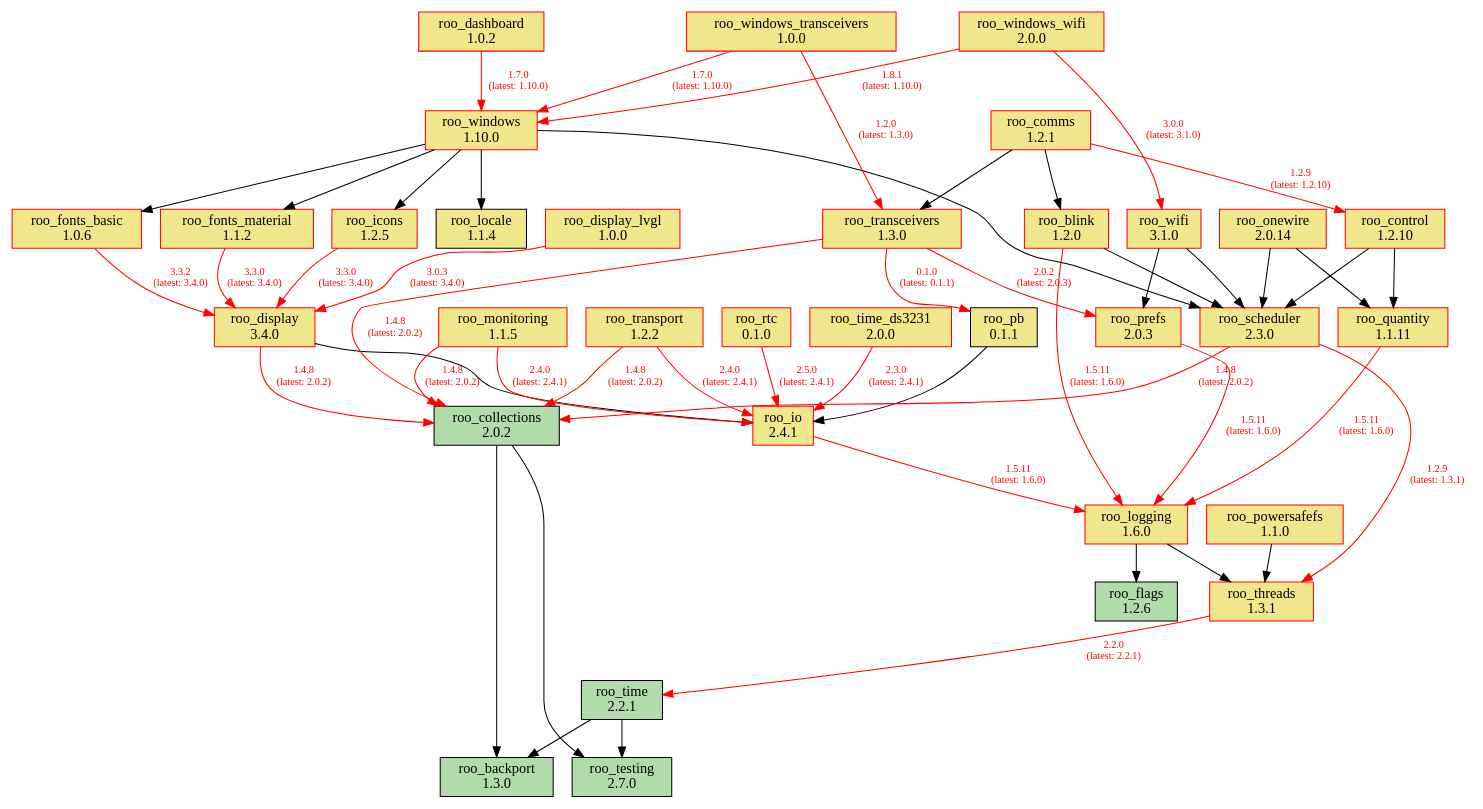
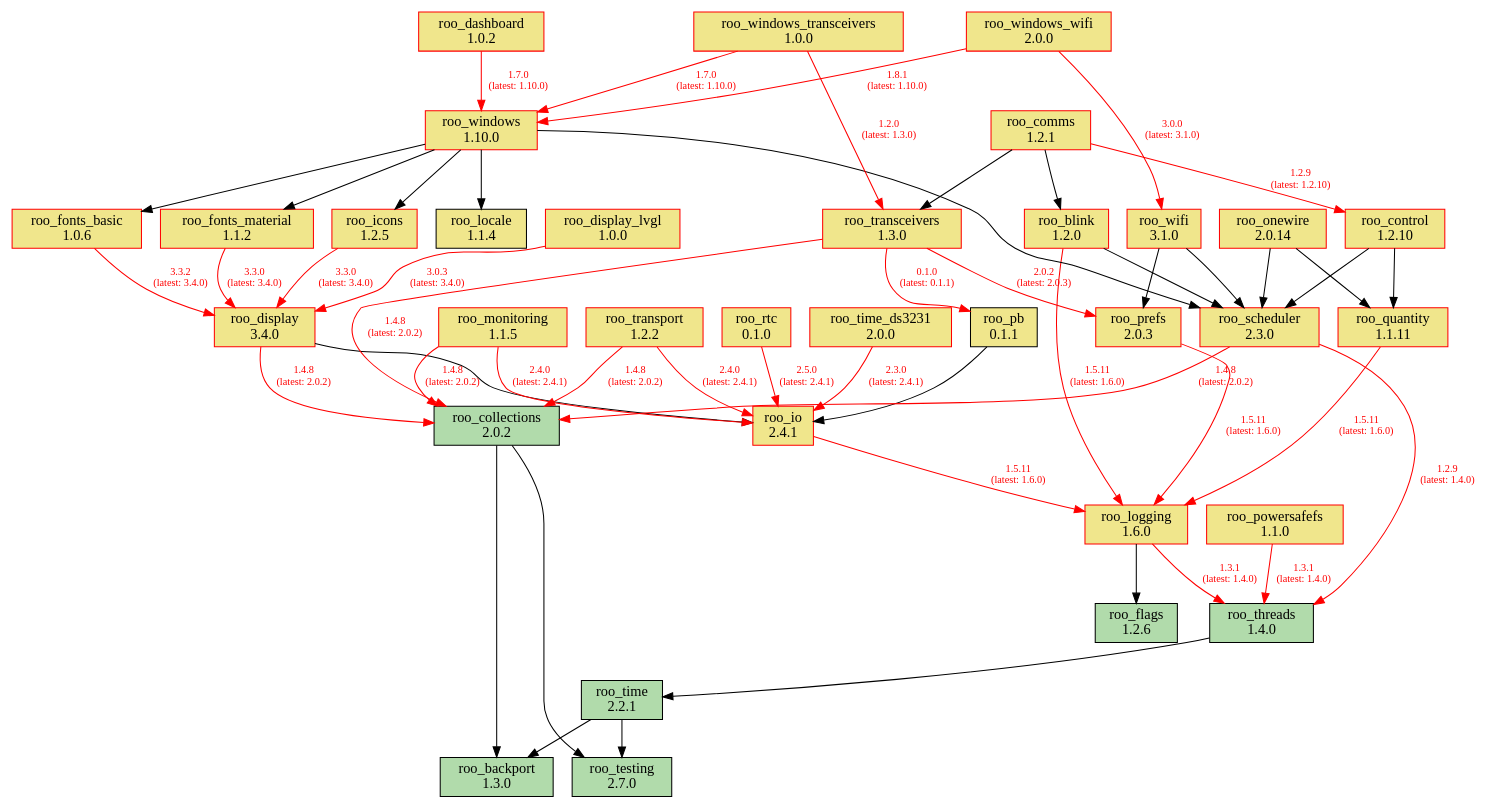
One commit to dejwk/roo-registry changed the diagram in doc/dependencies.dot. Above: the diagram before and after it, drawn with Graphviz. The commit also changed 3 other files, not shown here.

Commit message:
Added roo_threads 1.4.0 to the registry.

```diff
--- a/doc/dependencies.dot
+++ b/doc/dependencies.dot
@@ -1,92 +1,92 @@
 digraph dependencies {
     rankdir=TB;
     node [shape=box, style=filled];
     edge [fontsize=10];
 
     // Modules
     "roo_backport" [label="roo_backport\n1.3.0", fillcolor="#b1dbab", color="black"];
     "roo_blink" [label="roo_blink\n1.2.0", fillcolor="khaki", color="red"];
     "roo_collections" [label="roo_collections\n2.0.2", fillcolor="#b1dbab", color="black"];
     "roo_comms" [label="roo_comms\n1.2.1", fillcolor="khaki", color="red"];
     "roo_control" [label="roo_control\n1.2.10", fillcolor="khaki", color="red"];
     "roo_dashboard" [label="roo_dashboard\n1.0.2", fillcolor="khaki", color="red"];
     "roo_display" [label="roo_display\n3.4.0", fillcolor="khaki", color="red"];
     "roo_display_lvgl" [label="roo_display_lvgl\n1.0.0", fillcolor="khaki", color="red"];
     "roo_flags" [label="roo_flags\n1.2.6", fillcolor="#b1dbab", color="black"];
     "roo_fonts_basic" [label="roo_fonts_basic\n1.0.6", fillcolor="khaki", color="red"];
     "roo_fonts_material" [label="roo_fonts_material\n1.1.2", fillcolor="khaki", color="red"];
     "roo_icons" [label="roo_icons\n1.2.5", fillcolor="khaki", color="red"];
     "roo_io" [label="roo_io\n2.4.1", fillcolor="khaki", color="red"];
     "roo_locale" [label="roo_locale\n1.1.4", fillcolor="khaki", color="black"];
     "roo_logging" [label="roo_logging\n1.6.0", fillcolor="khaki", color="red"];
     "roo_monitoring" [label="roo_monitoring\n1.1.5", fillcolor="khaki", color="red"];
     "roo_onewire" [label="roo_onewire\n2.0.14", fillcolor="khaki", color="red"];
     "roo_pb" [label="roo_pb\n0.1.1", fillcolor="khaki", color="black"];
     "roo_powersafefs" [label="roo_powersafefs\n1.1.0", fillcolor="khaki", color="red"];
     "roo_prefs" [label="roo_prefs\n2.0.3", fillcolor="khaki", color="red"];
     "roo_quantity" [label="roo_quantity\n1.1.11", fillcolor="khaki", color="red"];
     "roo_rtc" [label="roo_rtc\n0.1.0", fillcolor="khaki", color="red"];
     "roo_scheduler" [label="roo_scheduler\n2.3.0", fillcolor="khaki", color="red"];
     "roo_testing" [label="roo_testing\n2.7.0", fillcolor="#b1dbab", color="black"];
-    "roo_threads" [label="roo_threads\n1.3.1", fillcolor="khaki", color="red"];
+    "roo_threads" [label="roo_threads\n1.4.0", fillcolor="#b1dbab", color="black"];
     "roo_time" [label="roo_time\n2.2.1", fillcolor="#b1dbab", color="black"];
     "roo_time_ds3231" [label="roo_time_ds3231\n2.0.0", fillcolor="khaki", color="red"];
     "roo_transceivers" [label="roo_transceivers\n1.3.0", fillcolor="khaki", color="red"];
     "roo_transport" [label="roo_transport\n1.2.2", fillcolor="khaki", color="red"];
     "roo_wifi" [label="roo_wifi\n3.1.0", fillcolor="khaki", color="red"];
     "roo_windows" [label="roo_windows\n1.10.0", fillcolor="khaki", color="red"];
     "roo_windows_transceivers" [label="roo_windows_transceivers\n1.0.0", fillcolor="khaki", color="red"];
     "roo_windows_wifi" [label="roo_windows_wifi\n2.0.0", fillcolor="khaki", color="red"];
 
     // Dependencies
     "roo_blink" -> "roo_logging" [color=red, fontcolor=red, label="1.5.11\n(latest: 1.6.0)"];
     "roo_blink" -> "roo_scheduler";
     "roo_collections" -> "roo_testing";
     "roo_collections" -> "roo_backport";
     "roo_comms" -> "roo_blink";
     "roo_comms" -> "roo_control" [color=red, fontcolor=red, label="1.2.9\n(latest: 1.2.10)"];
     "roo_comms" -> "roo_transceivers";
     "roo_control" -> "roo_quantity";
     "roo_control" -> "roo_scheduler";
     "roo_dashboard" -> "roo_windows" [color=red, fontcolor=red, label="1.7.0\n(latest: 1.10.0)"];
     "roo_display" -> "roo_collections" [color=red, fontcolor=red, label="1.4.8\n(latest: 2.0.2)"];
     "roo_display" -> "roo_io";
     "roo_display_lvgl" -> "roo_display" [color=red, fontcolor=red, label="3.0.3\n(latest: 3.4.0)"];
     "roo_fonts_basic" -> "roo_display" [color=red, fontcolor=red, label="3.3.2\n(latest: 3.4.0)"];
     "roo_fonts_material" -> "roo_display" [color=red, fontcolor=red, label="3.3.0\n(latest: 3.4.0)"];
     "roo_icons" -> "roo_display" [color=red, fontcolor=red, label="3.3.0\n(latest: 3.4.0)"];
     "roo_io" -> "roo_logging" [color=red, fontcolor=red, label="1.5.11\n(latest: 1.6.0)"];
     "roo_logging" -> "roo_flags";
-    "roo_logging" -> "roo_threads";
+    "roo_logging" -> "roo_threads" [color=red, fontcolor=red, label="1.3.1\n(latest: 1.4.0)"];
     "roo_monitoring" -> "roo_collections" [color=red, fontcolor=red, label="1.4.8\n(latest: 2.0.2)"];
     "roo_monitoring" -> "roo_io" [color=red, fontcolor=red, label="2.4.0\n(latest: 2.4.1)"];
     "roo_onewire" -> "roo_scheduler";
     "roo_onewire" -> "roo_quantity";
     "roo_pb" -> "roo_io";
-    "roo_powersafefs" -> "roo_threads";
+    "roo_powersafefs" -> "roo_threads" [color=red, fontcolor=red, label="1.3.1\n(latest: 1.4.0)"];
     "roo_prefs" -> "roo_logging" [color=red, fontcolor=red, label="1.5.11\n(latest: 1.6.0)"];
     "roo_quantity" -> "roo_logging" [color=red, fontcolor=red, label="1.5.11\n(latest: 1.6.0)"];
     "roo_rtc" -> "roo_io" [color=red, fontcolor=red, label="2.5.0\n(latest: 2.4.1)"];
     "roo_scheduler" -> "roo_collections" [color=red, fontcolor=red, label="1.4.8\n(latest: 2.0.2)"];
-    "roo_scheduler" -> "roo_threads" [color=red, fontcolor=red, label="1.2.9\n(latest: 1.3.1)"];
-    "roo_threads" -> "roo_time" [color=red, fontcolor=red, label="2.2.0\n(latest: 2.2.1)"];
+    "roo_scheduler" -> "roo_threads" [color=red, fontcolor=red, label="1.2.9\n(latest: 1.4.0)"];
+    "roo_threads" -> "roo_time";
     "roo_time" -> "roo_testing";
     "roo_time" -> "roo_backport";
     "roo_time_ds3231" -> "roo_io" [color=red, fontcolor=red, label="2.3.0\n(latest: 2.4.1)"];
     "roo_transceivers" -> "roo_pb" [color=red, fontcolor=red, label="0.1.0\n(latest: 0.1.1)"];
     "roo_transceivers" -> "roo_collections" [color=red, fontcolor=red, label="1.4.8\n(latest: 2.0.2)"];
     "roo_transceivers" -> "roo_prefs" [color=red, fontcolor=red, label="2.0.2\n(latest: 2.0.3)"];
     "roo_transport" -> "roo_collections" [color=red, fontcolor=red, label="1.4.8\n(latest: 2.0.2)"];
     "roo_transport" -> "roo_io" [color=red, fontcolor=red, label="2.4.0\n(latest: 2.4.1)"];
     "roo_wifi" -> "roo_prefs";
     "roo_wifi" -> "roo_scheduler";
     "roo_windows" -> "roo_fonts_basic";
     "roo_windows" -> "roo_fonts_material";
     "roo_windows" -> "roo_locale";
     "roo_windows" -> "roo_icons";
     "roo_windows" -> "roo_scheduler";
     "roo_windows_transceivers" -> "roo_transceivers" [color=red, fontcolor=red, label="1.2.0\n(latest: 1.3.0)"];
     "roo_windows_transceivers" -> "roo_windows" [color=red, fontcolor=red, label="1.7.0\n(latest: 1.10.0)"];
     "roo_windows_wifi" -> "roo_wifi" [color=red, fontcolor=red, label="3.0.0\n(latest: 3.1.0)"];
     "roo_windows_wifi" -> "roo_windows" [color=red, fontcolor=red, label="1.8.1\n(latest: 1.10.0)"];
 }
```
